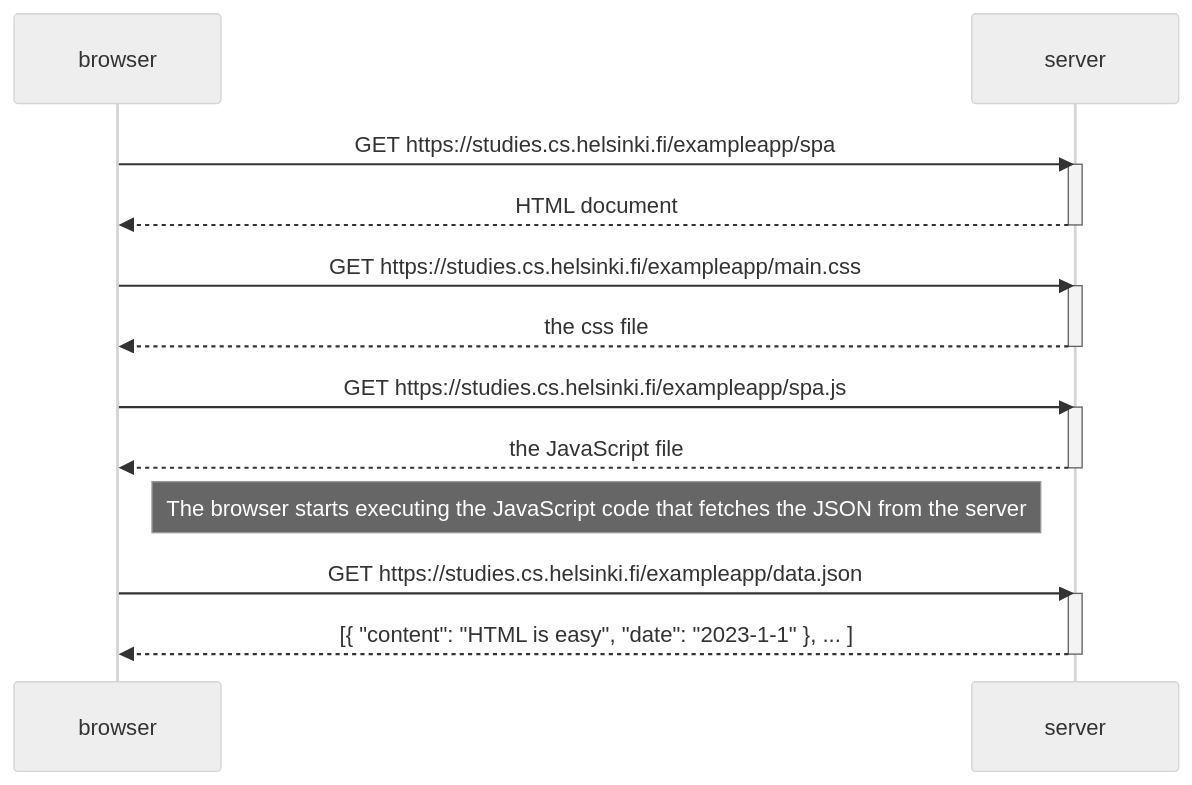
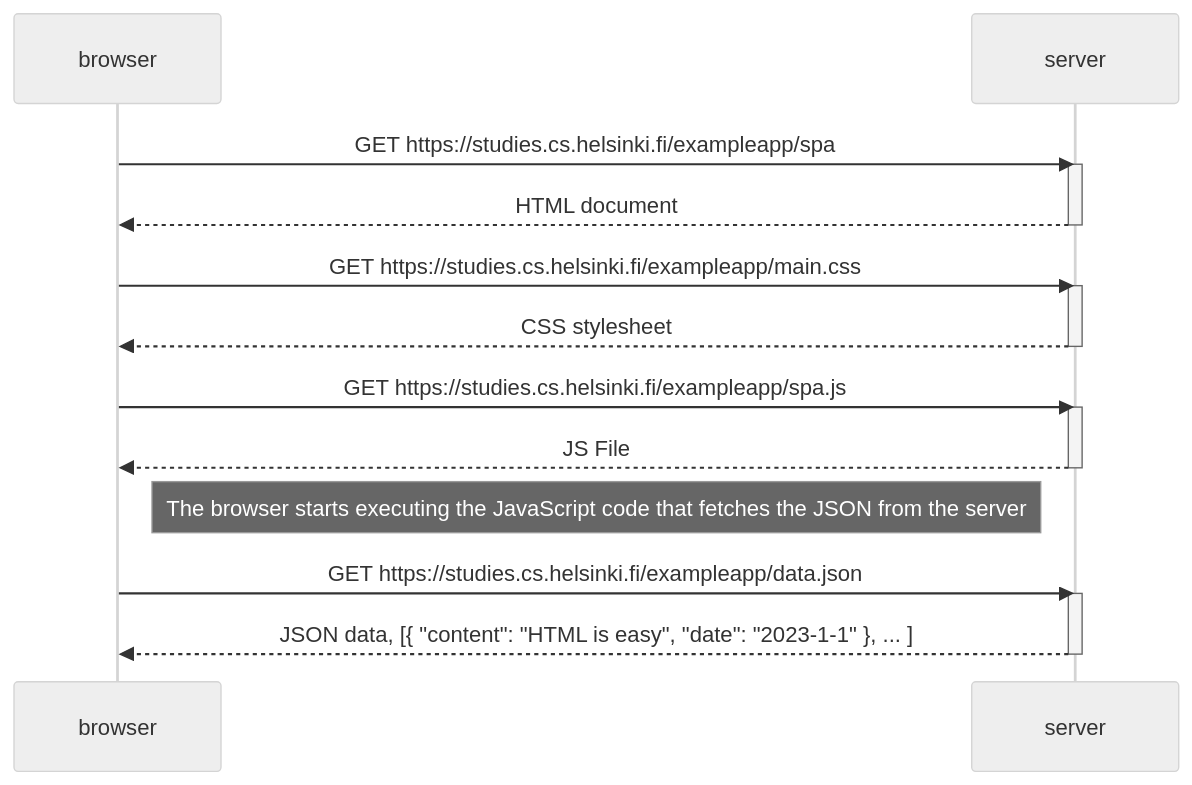
One commit to dustinburda/fullstackopen changed the diagram in part0/Exercise5.md. Above: the diagram before and after it, drawn with Mermaid (neutral theme).

Commit message:
Finished exercise 5

````diff
--- a/part0/Exercise5.md
+++ b/part0/Exercise5.md
@@ -1,27 +1,27 @@
 ```mermaid
 sequenceDiagram
     participant browser
     participant server
 
     browser->>server: GET https://studies.cs.helsinki.fi/exampleapp/spa
     activate server
     server-->>browser: HTML document
     deactivate server
 
     browser->>server: GET https://studies.cs.helsinki.fi/exampleapp/main.css
     activate server
-    server-->>browser: the css file
+    server-->>browser: CSS stylesheet
     deactivate server
 
     browser->>server: GET https://studies.cs.helsinki.fi/exampleapp/spa.js
     activate server
-    server-->>browser: the JavaScript file
+    server-->>browser: JS File
     deactivate server
 
     Note right of browser: The browser starts executing the JavaScript code that fetches the JSON from the server
 
     browser->>server: GET https://studies.cs.helsinki.fi/exampleapp/data.json
     activate server
-    server-->>browser: [{ "content": "HTML is easy", "date": "2023-1-1" }, ... ]
+    server-->>browser: JSON data, [{ "content": "HTML is easy", "date": "2023-1-1" }, ... ]
     deactivate server
 ```
````
